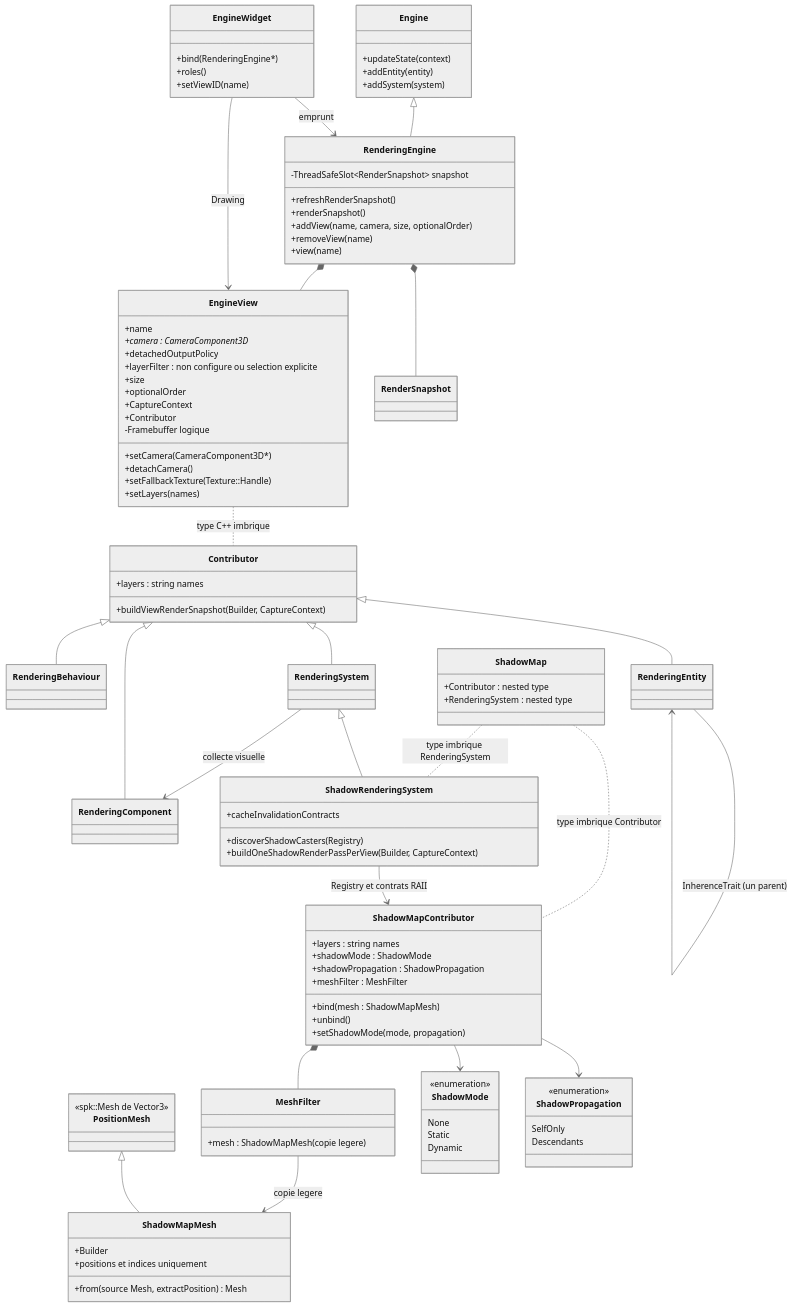
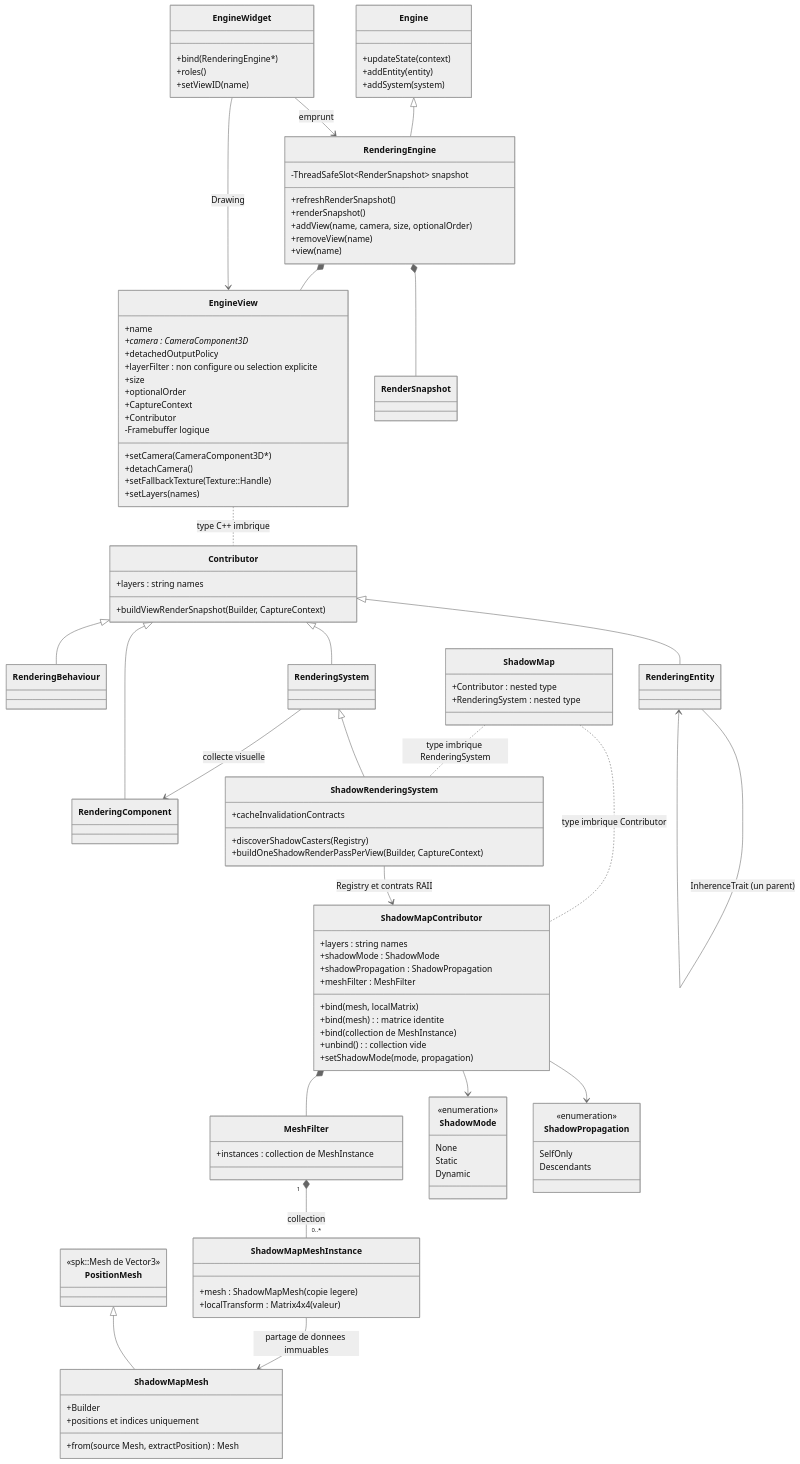
Before and after one commit to EreliaStudio/Sparkle: the seventh of 22 diagrams in docs/voxel-engine-v0.1.4-specification.md, drawn with Mermaid (neutral theme). The commit also changed other lines of this file, not shown here.

Commit message:
docs(v0.1.4): close A1 with collection-based MeshInstance ownership and explicit Assembly transforms

```diff
--- a/docs/voxel-engine-v0.1.4-specification.md
+++ b/docs/voxel-engine-v0.1.4-specification.md
@@ -673,12 +675,18 @@
     +shadowMode : ShadowMode
     +shadowPropagation : ShadowPropagation
     +meshFilter : MeshFilter
-    +bind(mesh : ShadowMapMesh)
-    +unbind()
+    +bind(mesh, localMatrix)
+    +bind(mesh) : matrice identite
+    +bind(collection de MeshInstance)
+    +unbind() : collection vide
     +setShadowMode(mode, propagation)
   }
   class MeshFilter {
+    +instances : collection de MeshInstance
+  }
+  class ShadowMapMeshInstance {
     +mesh : ShadowMapMesh (copie legere)
+    +localTransform : Matrix4x4 (valeur)
   }
   class ShadowMapMesh {
     +Builder
@@ -707,7 +715,8 @@
   ShadowMap .. ShadowMapContributor : type imbrique Contributor
   ShadowMap .. ShadowRenderingSystem : type imbrique RenderingSystem
   ShadowMapContributor *-- MeshFilter
-  MeshFilter --> ShadowMapMesh : copie legere
+  MeshFilter "1" *-- "0..*" ShadowMapMeshInstance : collection
+  ShadowMapMeshInstance --> ShadowMapMesh : partage de donnees immuables
   PositionMesh <|-- ShadowMapMesh
   ShadowMapContributor --> ShadowMode
   ShadowMapContributor --> ShadowPropagation
```
